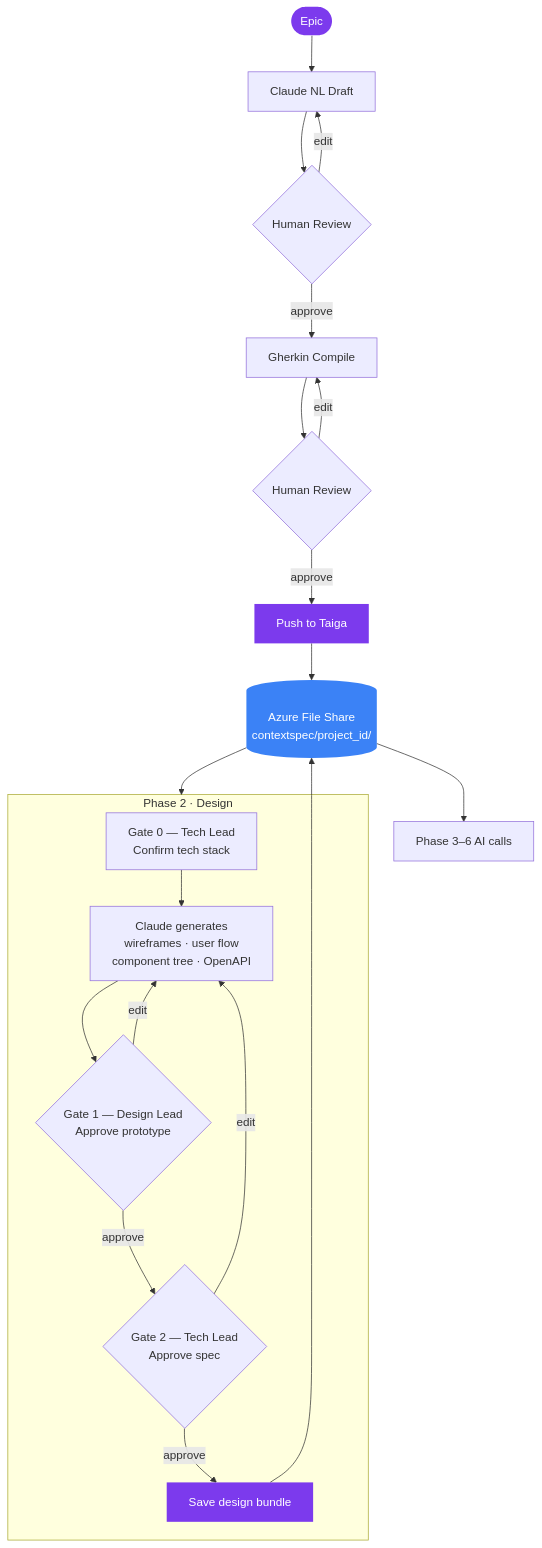
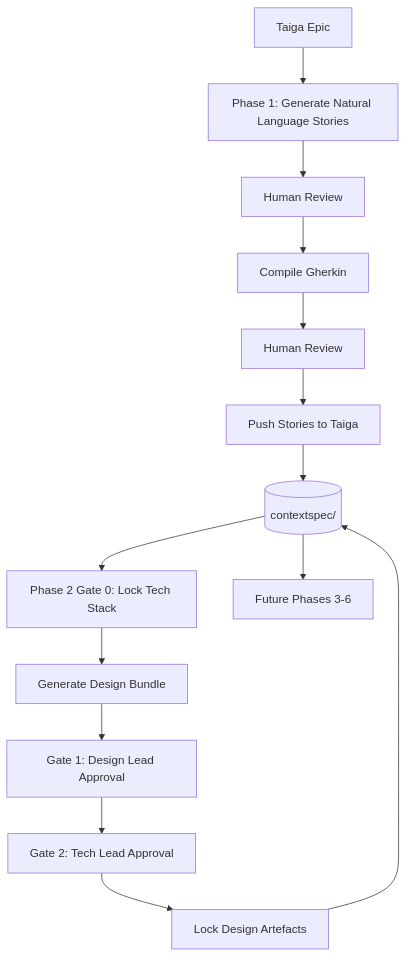
Before and after one commit to thomastabs/bolt-cli: the diagram in README.md, drawn with Mermaid. The commit also changed other lines of this file, not shown here.

Commit message:
docs: update README for migrated stack

````diff
--- a/README.md
+++ b/README.md
@@ -12,30 +18,18 @@
 ```mermaid
 flowchart TD
-    A([Epic]) --> B[Claude NL Draft]
-    B --> C{Human Review}
-    C -->|edit| B
-    C -->|approve| D[Gherkin Compile]
-    D --> E{Human Review}
-    E -->|edit| D
-    E -->|approve| F[Push to Taiga]
-    F --> G[(Azure File Share\ncontextspec/project_id/)]
-    G --> P2
+    A[Taiga Epic] --> B[Phase 1: Generate Natural Language Stories]
+    B --> C[Human Review]
+    C --> D[Compile Gherkin]
+    D --> E[Human Review]
+    E --> F[Push Stories to Taiga]
+    F --> G[(contextspec/<project_id>)]
 
-    subgraph P2[Phase 2 · Design]
-        H[Gate 0 — Tech Lead\nConfirm tech stack]
-        H --> I[Claude generates\nwireframes · user flow\ncomponent tree · OpenAPI]
-        I --> J{Gate 1 — Design Lead\nApprove prototype}
-        J -->|edit| I
-        J -->|approve| K{Gate 2 — Tech Lead\nApprove spec}
-        K -->|edit| I
-        K -->|approve| L[Save design bundle]
-    end
+    G --> H[Phase 2 Gate 0: Lock Tech Stack]
+    H --> I[Generate Design Bundle]
+    I --> J[Gate 1: Design Lead Approval]
+    J --> K[Gate 2: Tech Lead Approval]
+    K --> L[Lock Design Artefacts]
+    L --> G
 
-    L --> G
-    G --> M[Phase 3–6 AI calls]
-
-    style A fill:#7c3aed,color:#fff,stroke:none
-    style F fill:#7c3aed,color:#fff,stroke:none
-    style L fill:#7c3aed,color:#fff,stroke:none
-    style G fill:#3b82f6,color:#fff,stroke:none
+    G --> M[Future Phases 3-6]
 ```
````
